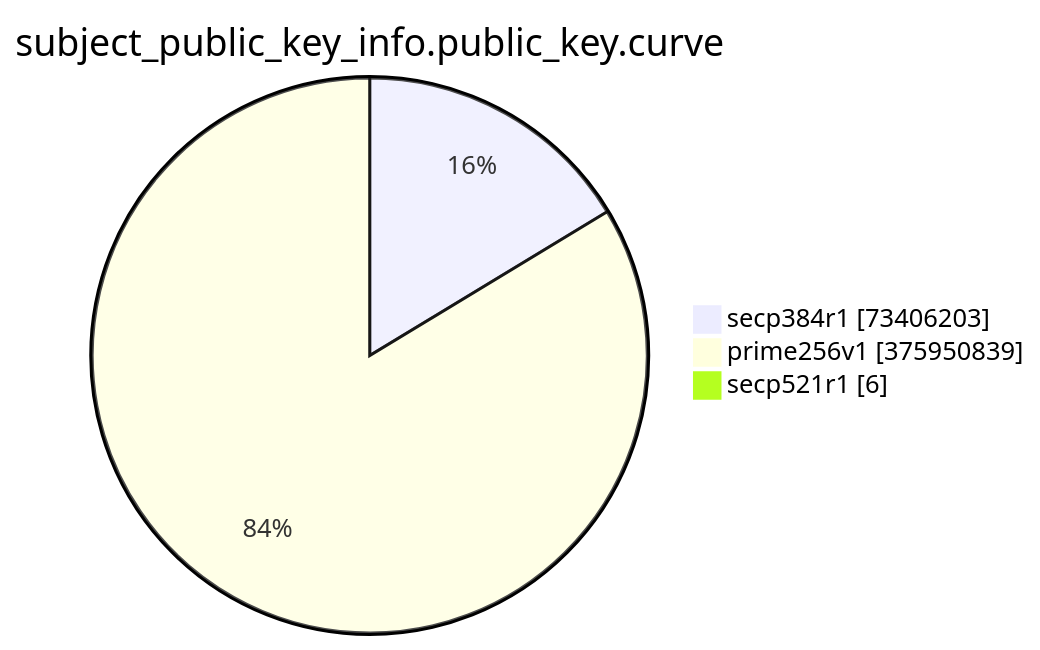
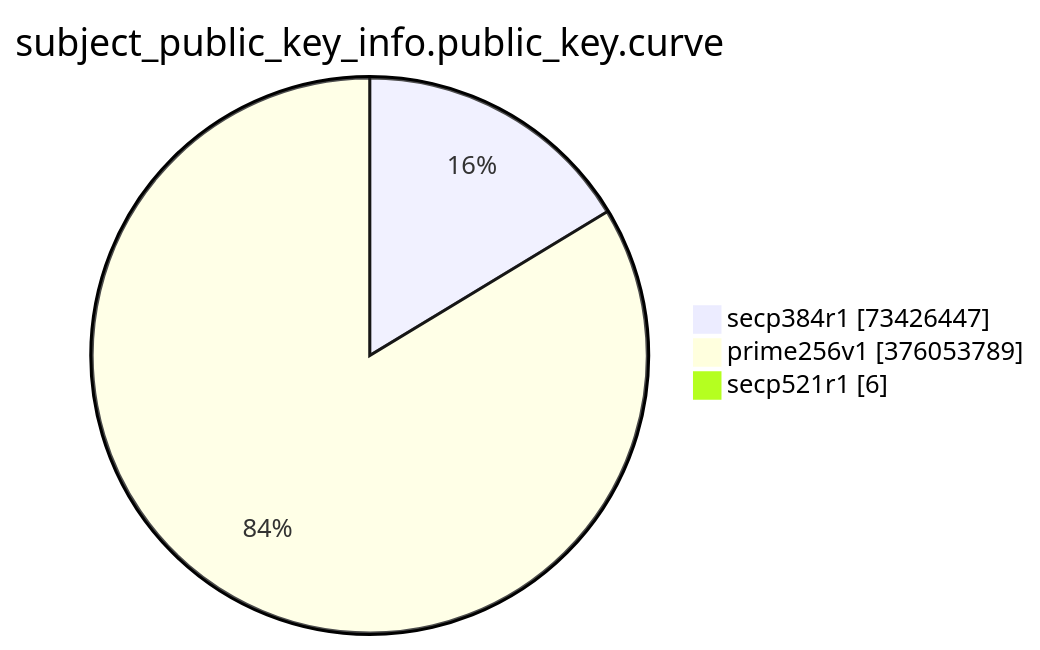
One commit to christiankrug/ctmonitor_visualization changed the eighth of 15 diagrams in TOTAL/README.md. Above: the diagram before and after it, drawn with Mermaid. The commit also changed other lines of this file, not shown here.

````diff
--- a/TOTAL/README.md
+++ b/TOTAL/README.md
@@ -3092,7 +3092,7 @@
 ```mermaid
 pie showData
 title subject_public_key_info.public_key.curve
-"secp384r1" :73406203
-"prime256v1" :375950839
+"secp384r1" :73426447
+"prime256v1" :376053789
 "secp521r1" :6
 ```
````
